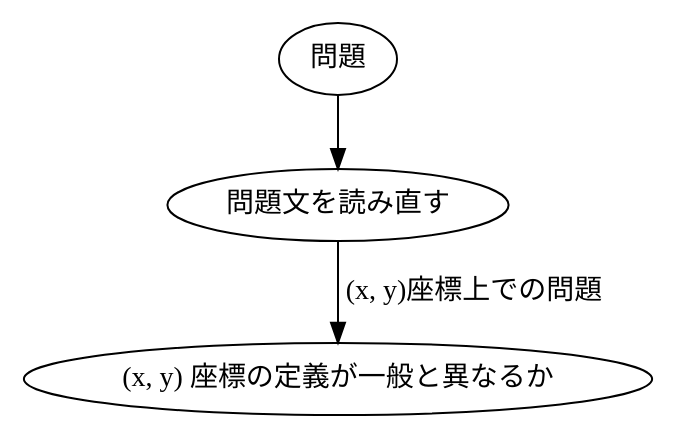
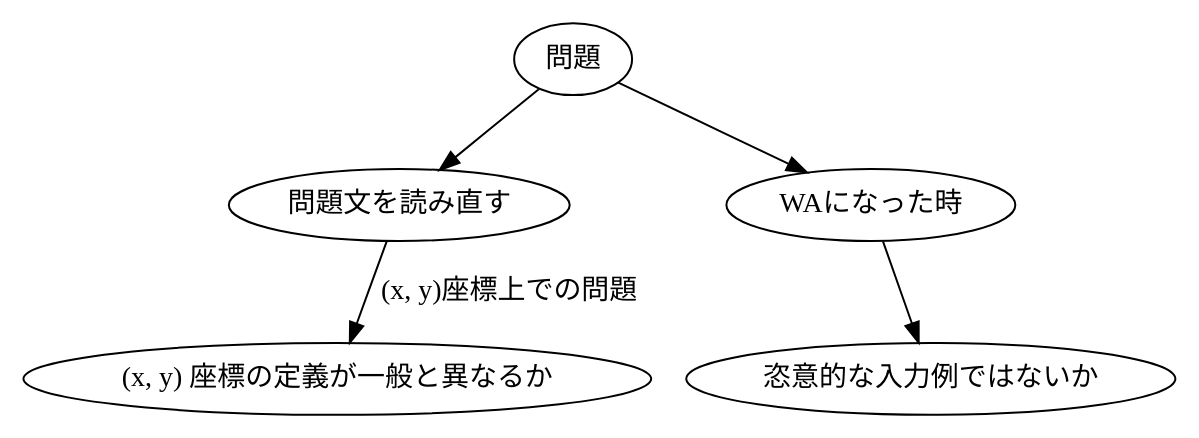
Before and after one commit to Memories-of-Sun-and-Moon/cp_templates: the diagram in __typicals/trouble_shooting.dot, drawn with Graphviz.

```diff
--- a/__typicals/trouble_shooting.dot
+++ b/__typicals/trouble_shooting.dot
@@ -1,8 +1,11 @@
 digraph G {
     graph [
         layout = dot;
     ];
 
     問題 -> 問題文を読み直す;
         問題文を読み直す -> "(x, y) 座標の定義が一般と異なるか" [label="(x, y)座標上での問題"];
+
+    問題 -> WAになった時;
+        WAになった時 -> 恣意的な入力例ではないか;
 }
```
